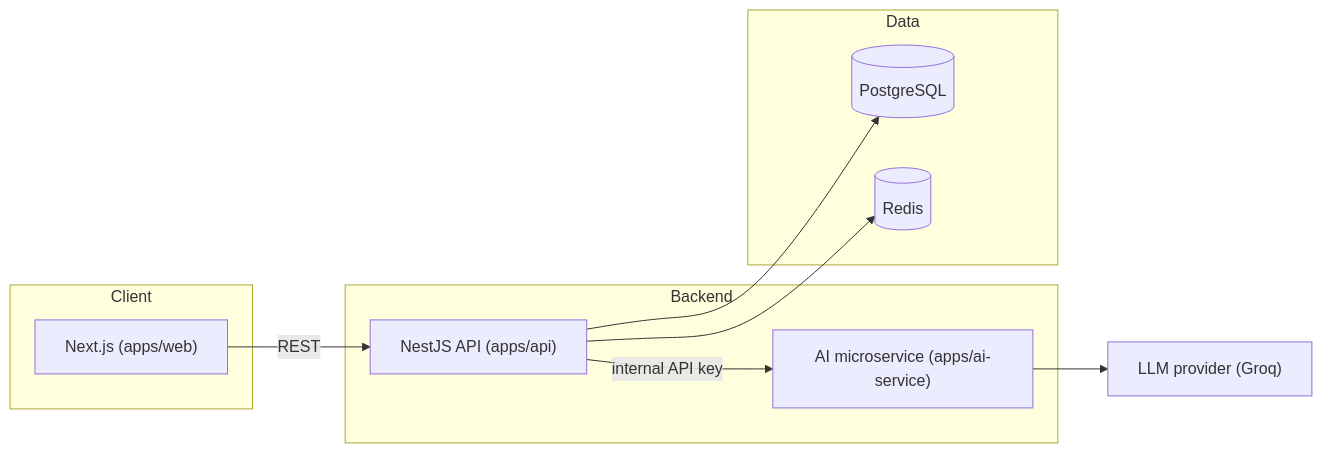
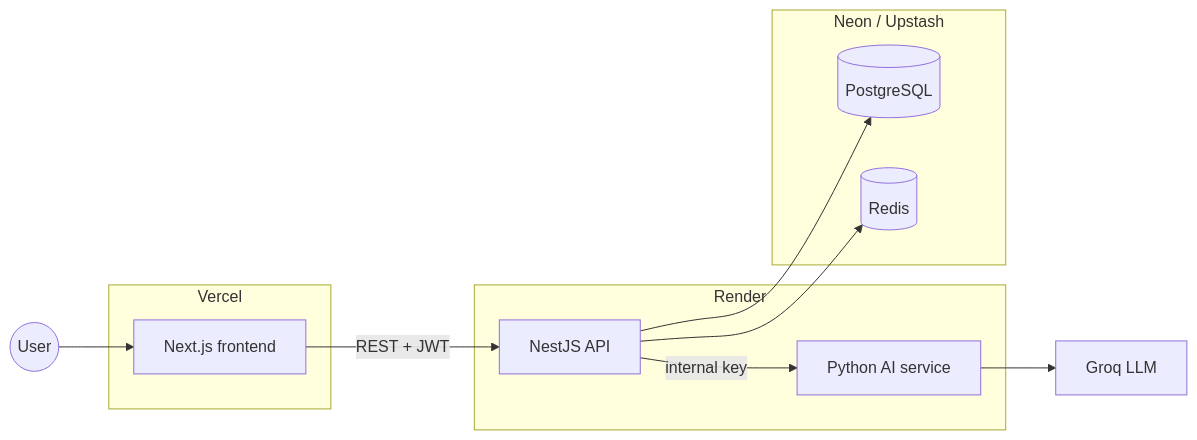
One commit to mcai5-wq/ai-career-accelerator changed the diagram in README.md. Above: the diagram before and after it, drawn with Mermaid. The commit also changed other lines of this file, not shown here.

Commit message:
new commit: clean up readme

````diff
--- a/README.md
+++ b/README.md
@@ -19,21 +19,27 @@
 ```mermaid
 flowchart LR
-    subgraph Client
-        Web["Next.js (apps/web)"]
+    User(("User"))
+
+    subgraph Vercel
+        Web["Next.js frontend"]
     end
-    subgraph Backend
-        Api["NestJS API (apps/api)"]
-        Ai["AI microservice (apps/ai-service)"]
+
+    subgraph Render
+        Api["NestJS API"]
+        Ai["Python AI service"]
     end
-    subgraph Data
+
+    subgraph "Neon / Upstash"
         Pg[(PostgreSQL)]
         Redis[(Redis)]
     end
-    Llm["LLM provider (Groq)"]
 
-    Web -->|REST| Api
-    Api -->|internal API key| Ai
-    Ai --> Llm
+    Groq["Groq LLM"]
+
+    User --> Web
+    Web -->|"REST + JWT"| Api
+    Api -->|"internal key"| Ai
+    Ai --> Groq
     Api --> Pg
     Api --> Redis
 ```
````
